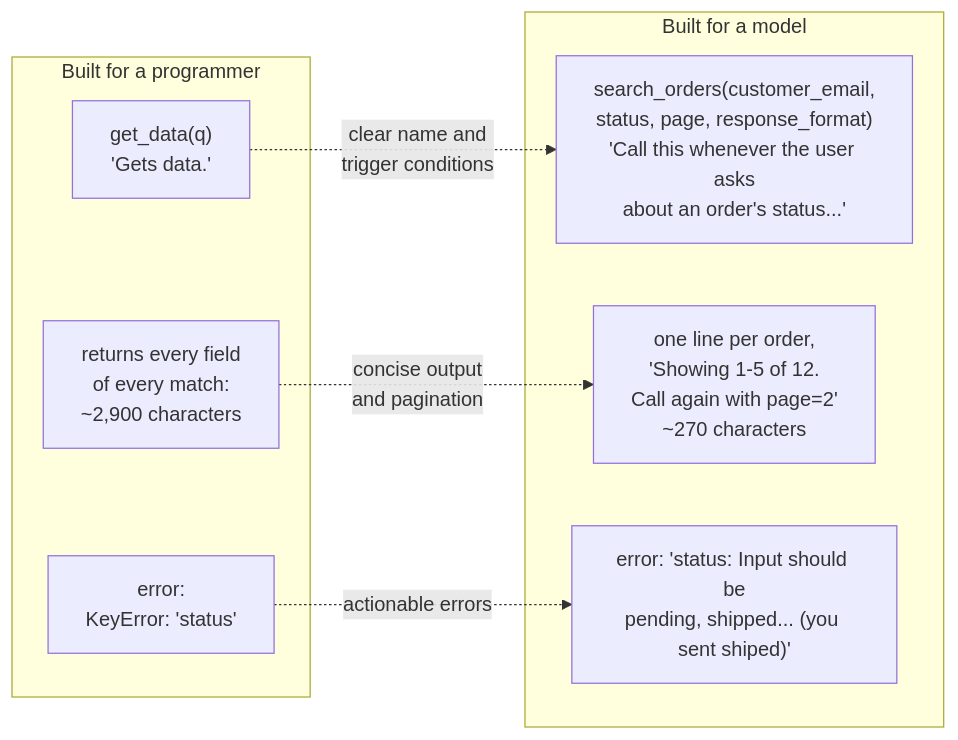
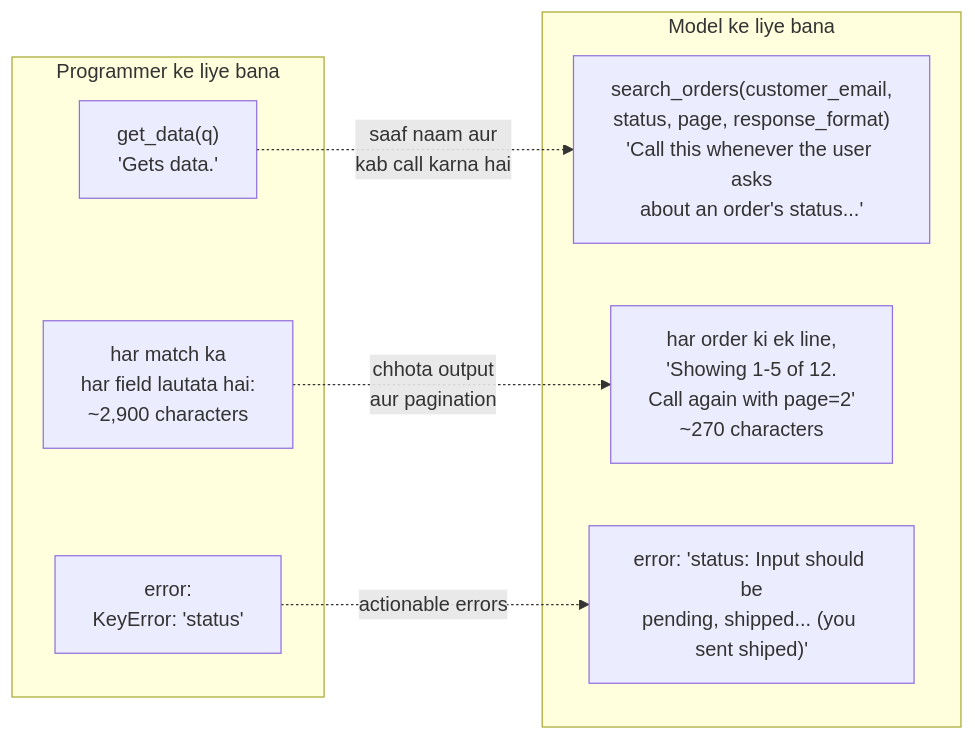
Before and after one commit to asmustechno/agentic-ai-notes: the diagram in docs/03-tools-and-function-calling/03.4-designing-good-tools.md, drawn with Mermaid. The commit also changed other lines of this file and 135 other files, not shown here.

````diff
--- a/docs/03-tools-and-function-calling/03.4-designing-good-tools.md
+++ b/docs/03-tools-and-function-calling/03.4-designing-good-tools.md
@@ -36,16 +36,16 @@
 ```mermaid
 flowchart LR
-    subgraph bad["Built for a programmer"]
+    subgraph bad["Programmer ke liye bana"]
         B1["get_data(q)<br/>'Gets data.'"]
-        B2["returns every field<br/>of every match:<br/>~2,900 characters"]
+        B2["har match ka<br/>har field lautata hai:<br/>~2,900 characters"]
         B3["error:<br/>KeyError: 'status'"]
     end
-    subgraph good["Built for a model"]
+    subgraph good["Model ke liye bana"]
         G1["search_orders(customer_email,<br/>status, page, response_format)<br/>'Call this whenever the user asks<br/>about an order's status...'"]
-        G2["one line per order,<br/>'Showing 1-5 of 12.<br/>Call again with page=2'<br/>~270 characters"]
+        G2["har order ki ek line,<br/>'Showing 1-5 of 12.<br/>Call again with page=2'<br/>~270 characters"]
         G3["error: 'status: Input should be<br/>pending, shipped... (you sent shiped)'"]
     end
-    B1 -.->|"clear name and<br/>trigger conditions"| G1
-    B2 -.->|"concise output<br/>and pagination"| G2
+    B1 -.->|"saaf naam aur<br/>kab call karna hai"| G1
+    B2 -.->|"chhota output<br/>aur pagination"| G2
     B3 -.->|"actionable errors"| G3
 ```
````
